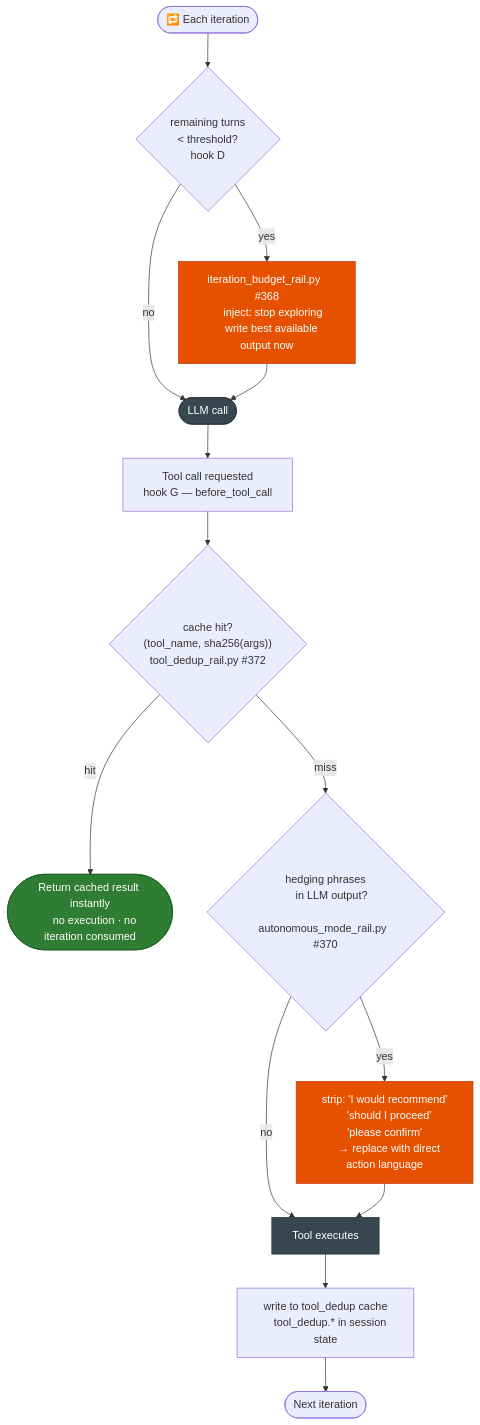
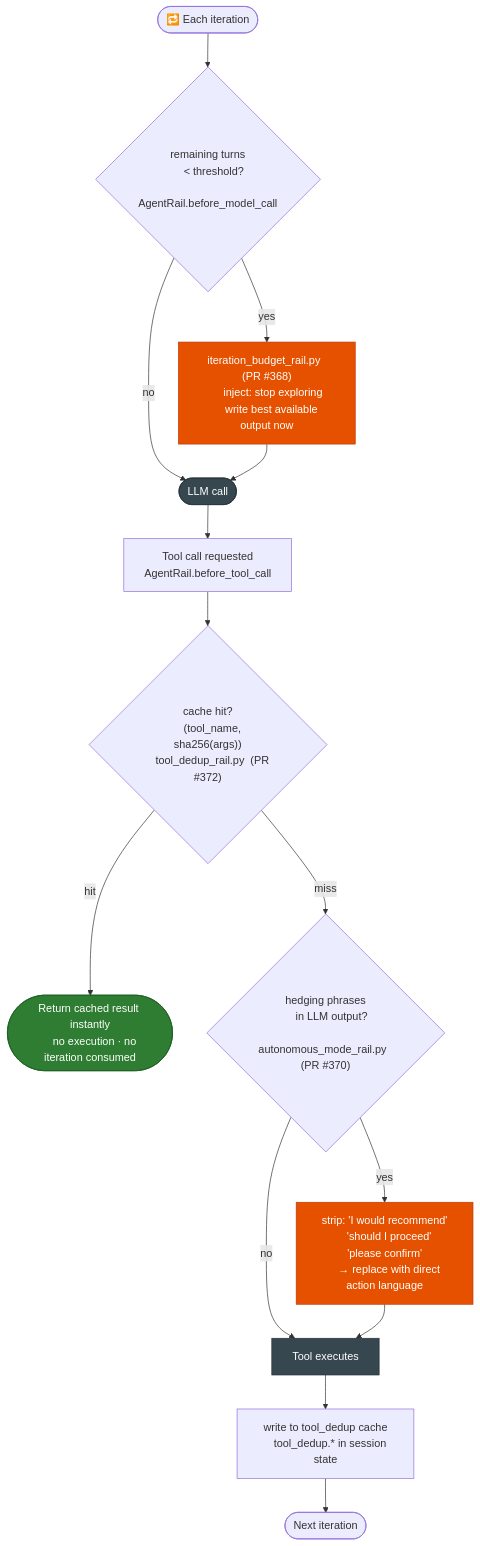
Before and after one commit to michaelatamuk/openjiuwen-jiuwenswarm: the fourth of 8 diagrams in docs-michael/Implementation.Overview.md, drawn with Mermaid. The commit also changed other lines of this file, not shown here.

````diff
--- a/docs-michael/Implementation.Overview.md
+++ b/docs-michael/Implementation.Overview.md
@@ -601,44 +601,44 @@
 ```mermaid
 flowchart TD
     classDef pre  fill:#E65100,color:#fff,stroke:#BF360C
     classDef done fill:#2E7D32,color:#fff,stroke:#1B5E20
     classDef io   fill:#37474F,color:#fff,stroke:#263238
 
     ITER(["🔁 Each iteration"])
 
     ITER --> IBA_CHK{"remaining turns
     < threshold?
-    hook D"}
+    AgentRail.before_model_call"}
 
-    IBA_CHK -->|"yes"| IBA["iteration_budget_rail.py  #368
+    IBA_CHK -->|"yes"| IBA["iteration_budget_rail.py  (PR #368)
     inject: stop exploring
     write best available output now"]:::pre
 
     IBA_CHK -->|"no"| LLM(["LLM call"]):::io
     IBA --> LLM
 
     LLM --> TOOL_REQ["Tool call requested
-    hook G — before_tool_call"]
+    AgentRail.before_tool_call"]
 
     TOOL_REQ --> DEDUP{"cache hit?
     (tool_name, sha256(args))
-    tool_dedup_rail.py  #372"}
+    tool_dedup_rail.py  (PR #372)"}
 
     DEDUP -->|"hit"| CACHED(["Return cached result instantly
     no execution · no iteration consumed"]):::done
 
     DEDUP -->|"miss"| AUTO{"hedging phrases
     in LLM output?
-    autonomous_mode_rail.py  #370"}
+    autonomous_mode_rail.py  (PR #370)"}
 
     AUTO -->|"yes"| STRIP["strip: 'I would recommend'
     'should I proceed' 'please confirm'
     → replace with direct action language"]:::pre
 
     AUTO -->|"no"| EXEC["Tool executes"]:::io
     STRIP --> EXEC
 
     EXEC --> CACHE_WRITE["write to tool_dedup cache
     tool_dedup.* in session state"]
     CACHE_WRITE --> NEXT(["Next iteration"])
 ```
````
